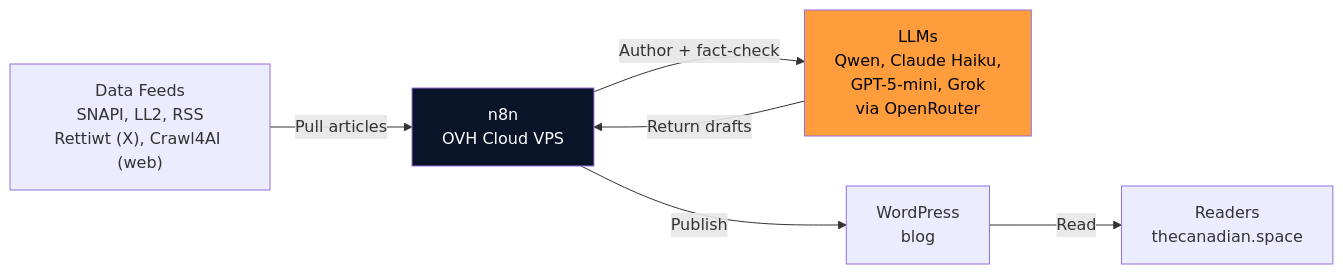
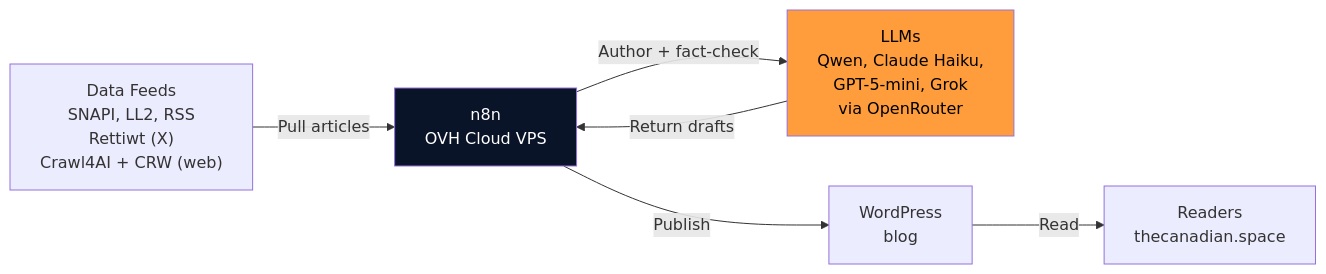
Before and after one commit to The-Canadian-Space/tcs-public-wiki: the diagram in docs/technology/index.md, drawn with Mermaid. The commit also changed 3 other files, not shown here.

````diff
--- a/docs/technology/index.md
+++ b/docs/technology/index.md
@@ -25,10 +25,10 @@
 ```mermaid
 graph LR
-    A["Data Feeds<br/>SNAPI, LL2, RSS<br/>Rettiwt (X), Crawl4AI (web)"] -->|"Pull articles"| B["n8n<br/>OVH Cloud VPS"]
+    A["Data Feeds<br/>SNAPI, LL2, RSS<br/>Rettiwt (X)<br/>Crawl4AI + CRW (web)"] -->|"Pull articles"| B["n8n<br/>OVH Cloud VPS"]
     B -->|"Author + fact-check"| C["LLMs<br/>Qwen, Claude Haiku,<br/>GPT-5-mini, Grok<br/>via OpenRouter"]
     C -->|"Return drafts"| B
     B -->|"Publish"| D["WordPress<br/>blog"]
     D -->|"Read"| E["Readers<br/>thecanadian.space"]
     style B fill:#0A1428,color:#fff
     style C fill:#FF9D3D,color:#000
 ```
````
